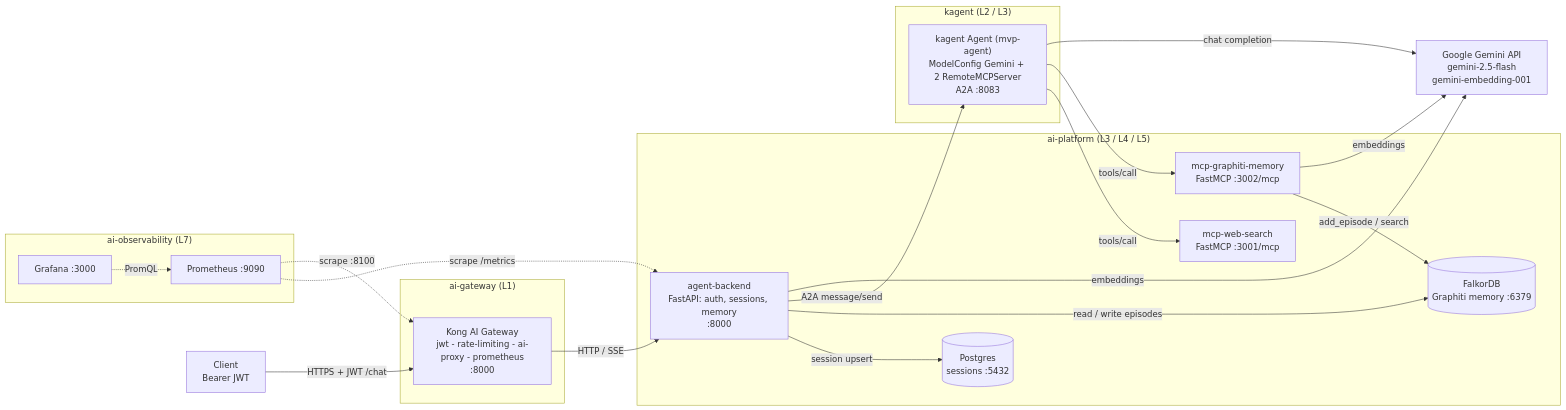
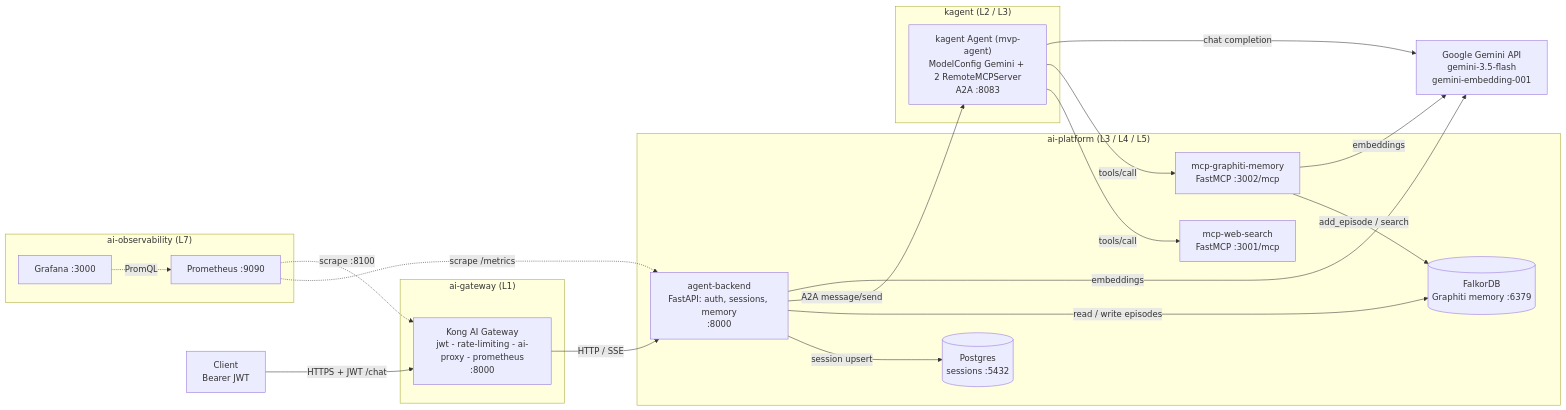
Before and after one commit to Yoiness-Brag/Infra-ai-Agentic-systems: the second of 2 diagrams in infra-code/README.md, drawn with Mermaid. The commit also changed other lines of this file and 16 other files, not shown here.

First line of the commit message:
fix: gemini-2.5-flash retired; FalkorDB v4.2.2 lacks the fulltext procedure graphiti needs

````diff
--- a/infra-code/README.md
+++ b/infra-code/README.md
@@ -45,41 +45,41 @@
 ```mermaid
 flowchart LR
     client["Client<br/>Bearer JWT"]
-    gemini["Google Gemini API<br/>gemini-2.5-flash<br/>gemini-embedding-001"]
+    gemini["Google Gemini API<br/>gemini-3.5-flash<br/>gemini-embedding-001"]
 
     subgraph gw["ai-gateway (L1)"]
         kong["Kong AI Gateway<br/>jwt - rate-limiting - ai-proxy - prometheus<br/>:8000"]
     end
 
     subgraph plat["ai-platform (L3 / L4 / L5)"]
         backend["agent-backend<br/>FastAPI: auth, sessions, memory<br/>:8000"]
         websearch["mcp-web-search<br/>FastMCP :3001/mcp"]
         memmcp["mcp-graphiti-memory<br/>FastMCP :3002/mcp"]
         pg[("Postgres<br/>sessions :5432")]
         falkor[("FalkorDB<br/>Graphiti memory :6379")]
     end
 
     subgraph kag["kagent (L2 / L3)"]
         agent["kagent Agent (mvp-agent)<br/>ModelConfig Gemini + 2 RemoteMCPServer<br/>A2A :8083"]
     end
 
     subgraph obs["ai-observability (L7)"]
         prom["Prometheus :9090"]
         graf["Grafana :3000"]
     end
 
     client -->|"HTTPS + JWT /chat"| kong
     kong -->|"HTTP / SSE"| backend
     backend -->|"session upsert"| pg
     backend -->|"read / write episodes"| falkor
     backend -->|"A2A message/send"| agent
     agent -->|"tools/call"| websearch
     agent -->|"tools/call"| memmcp
     memmcp -->|"add_episode / search"| falkor
     agent -->|"chat completion"| gemini
     backend -->|"embeddings"| gemini
     memmcp -->|"embeddings"| gemini
     prom -.->|"scrape /metrics"| backend
     prom -.->|"scrape :8100"| kong
     graf -.->|"PromQL"| prom
 ```
````
